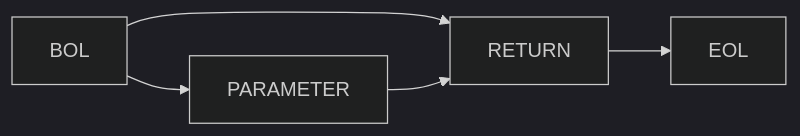
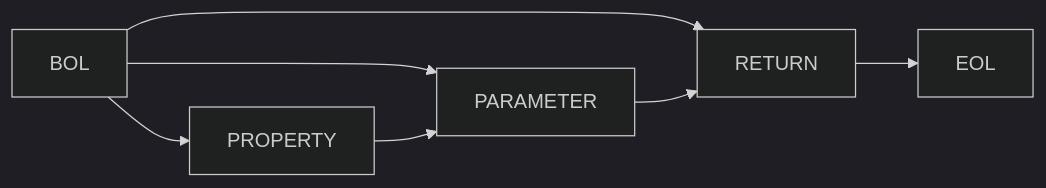
The fourth of 10 diagrams in documentation/nfsm.md (rewhowe/snapdragon), drawn with Mermaid (dark theme) before and after one commit. The commit also changed other lines of this file and 1 other file, not shown here.

````diff
--- a/documentation/nfsm.md
+++ b/documentation/nfsm.md
@@ -75,9 +75,12 @@
 ```mermaid
 graph LR
   BOL --> PARAMETER
+  BOL --> PROPERTY
   BOL --> RETURN
 
   PARAMETER --> RETURN
 
+  PROPERTY --> PARAMETER
+
   RETURN --> EOL
 ```
````
